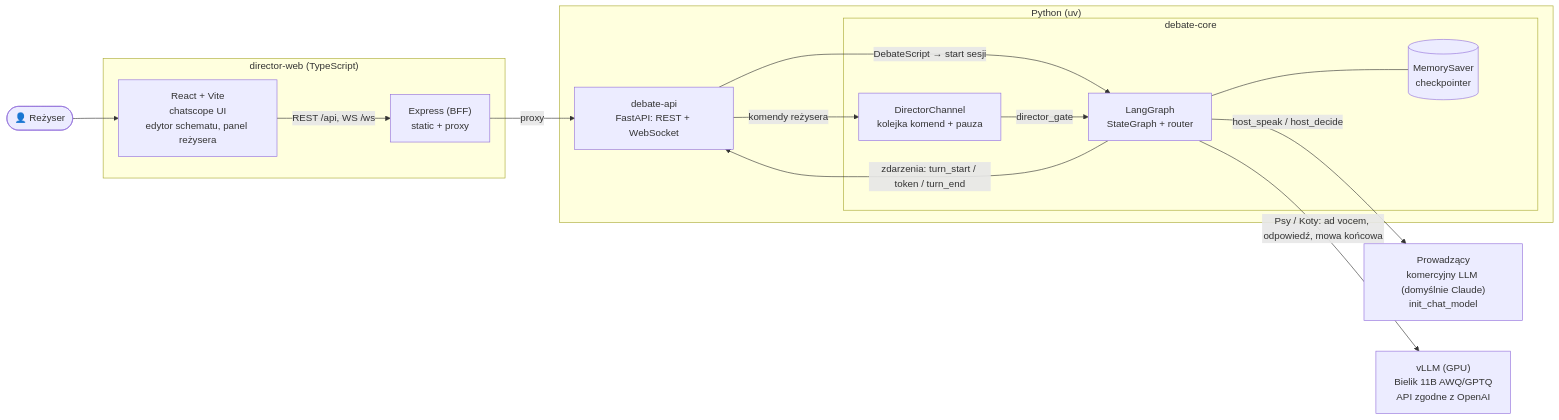
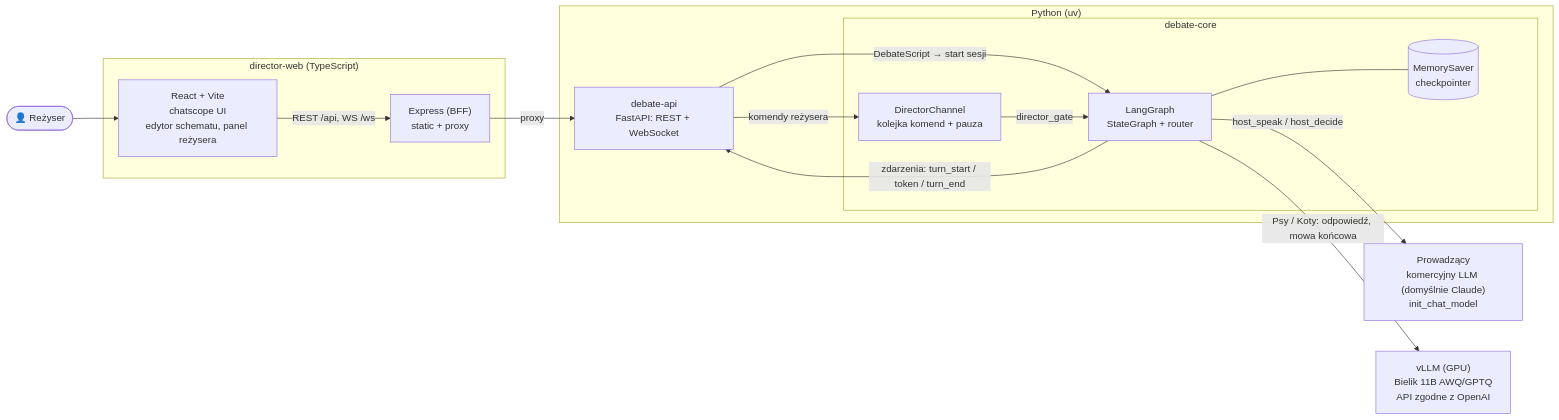
Before and after one commit to staszekj/ai-debate: the first of 2 diagrams in PLAN.md, drawn with Mermaid. The commit also changed other lines of this file and 19 other files, not shown here.

````diff
--- a/PLAN.md
+++ b/PLAN.md
@@ -26,32 +26,32 @@
 ```mermaid
 flowchart LR
   R(["👤 Reżyser"])
 
   subgraph web["director-web (TypeScript)"]
     UI["React + Vite<br/>chatscope UI<br/>edytor schematu, panel reżysera"]
     EX["Express (BFF)<br/>static + proxy"]
   end
 
   subgraph py["Python (uv)"]
     API["debate-api<br/>FastAPI: REST + WebSocket"]
     subgraph core["debate-core"]
       DC["DirectorChannel<br/>kolejka komend + pauza"]
       G["LangGraph<br/>StateGraph + router"]
       CP[("MemorySaver<br/>checkpointer")]
     end
   end
 
   HOST["Prowadzący<br/>komercyjny LLM (domyślnie Claude)<br/>init_chat_model"]
   LS["vLLM (GPU)<br/>Bielik 11B AWQ/GPTQ<br/>API zgodne z OpenAI"]
 
   R --> UI
   UI -- "REST /api, WS /ws" --> EX
   EX -- proxy --> API
   API -- "DebateScript → start sesji" --> G
   API -- "komendy reżysera" --> DC
   DC -- "director_gate" --> G
   G -- "zdarzenia: turn_start / token / turn_end" --> API
   G --- CP
   G -- "host_speak / host_decide" --> HOST
-  G -- "Psy / Koty: ad vocem, odpowiedź, mowa końcowa" --> LS
+  G -- "Psy / Koty: odpowiedź, mowa końcowa" --> LS
 ```
````
